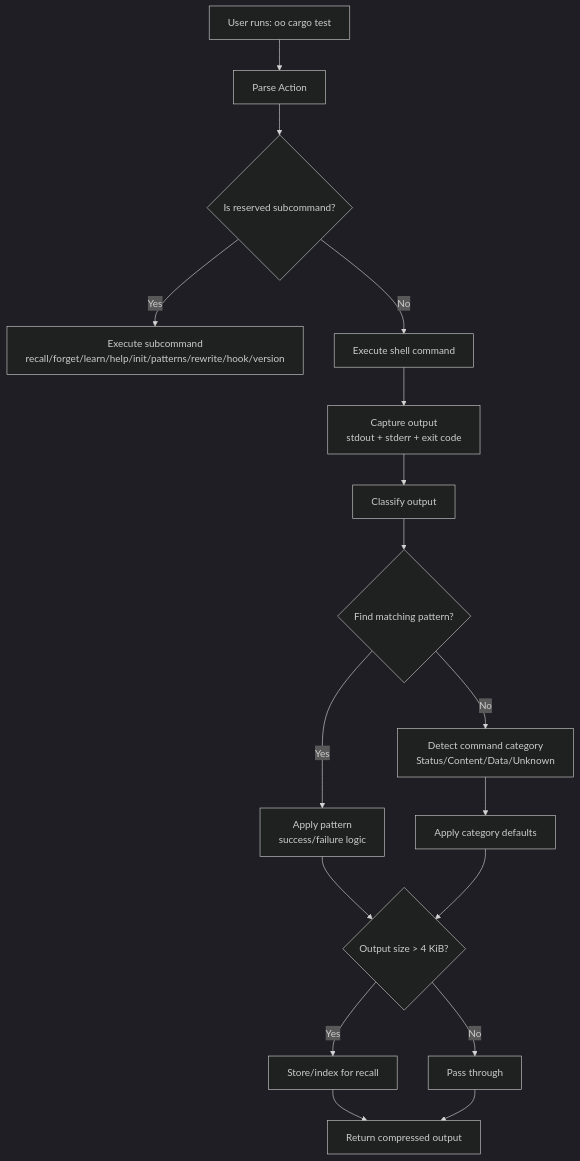
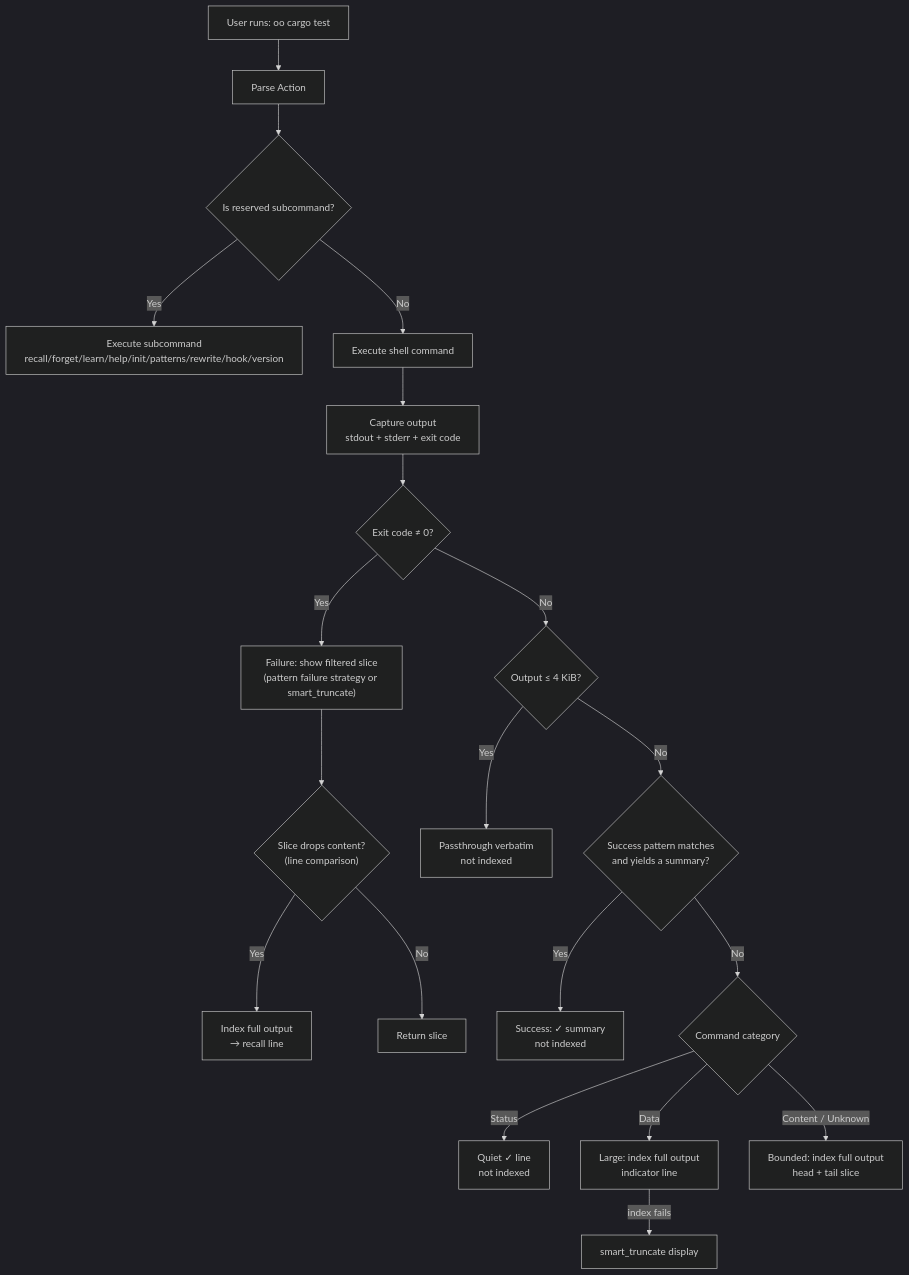
One commit to randomm/oo changed the diagram in docs/architecture.md. Above: the diagram before and after it, drawn with Mermaid (dark theme). The commit also changed other lines of this file and 21 other files, not shown here.

First line of the commit message:
fix(#185): index the full output of failed commands for oo recall (#192)

````diff
--- a/docs/architecture.md
+++ b/docs/architecture.md
@@ -9,19 +9,22 @@
 ```mermaid
 flowchart TD
     A[User runs: oo cargo test] --> B[Parse Action]
     B --> C{Is reserved subcommand?}
     C -->|Yes| D[Execute subcommand<br/>recall/forget/learn/help/init/patterns/rewrite/hook/version]
     C -->|No| E[Execute shell command]
     E --> F[Capture output<br/>stdout + stderr + exit code]
-    F --> G[Classify output]
-    G --> H{Find matching pattern?}
-    H -->|Yes| I[Apply pattern<br/>success/failure logic]
-    H -->|No| J[Detect command category<br/>Status/Content/Data/Unknown]
-    J --> K[Apply category defaults]
-    I --> L{Output size > 4 KiB?}
-    K --> L
-    L -->|Yes| M[Store/index for recall]
-    L -->|No| N[Pass through]
-    M --> O[Return compressed output]
-    N --> O
+    F --> X{Exit code ≠ 0?}
+    X -->|Yes| FL["Failure: show filtered slice<br/>(pattern failure strategy or smart_truncate)"]
+    FL --> FI{"Slice drops content?<br/>(line comparison)"}
+    FI -->|Yes| FX["Index full output<br/>→ recall line"]
+    FI -->|No| FN[Return slice]
+    X -->|No| S{"Output ≤ 4 KiB?"}
+    S -->|Yes| P["Passthrough verbatim<br/>not indexed"]
+    S -->|No| G{"Success pattern matches<br/>and yields a summary?"}
+    G -->|Yes| SU["Success: ✓ summary<br/>not indexed"]
+    G -->|No| J{Command category}
+    J -->|Status| ST["Quiet ✓ line<br/>not indexed"]
+    J -->|Data| LA["Large: index full output<br/>indicator line"]
+    LA -->|index fails| LT["smart_truncate display"]
+    J -->|Content / Unknown| BO["Bounded: index full output<br/>head + tail slice"]
 ```
````
